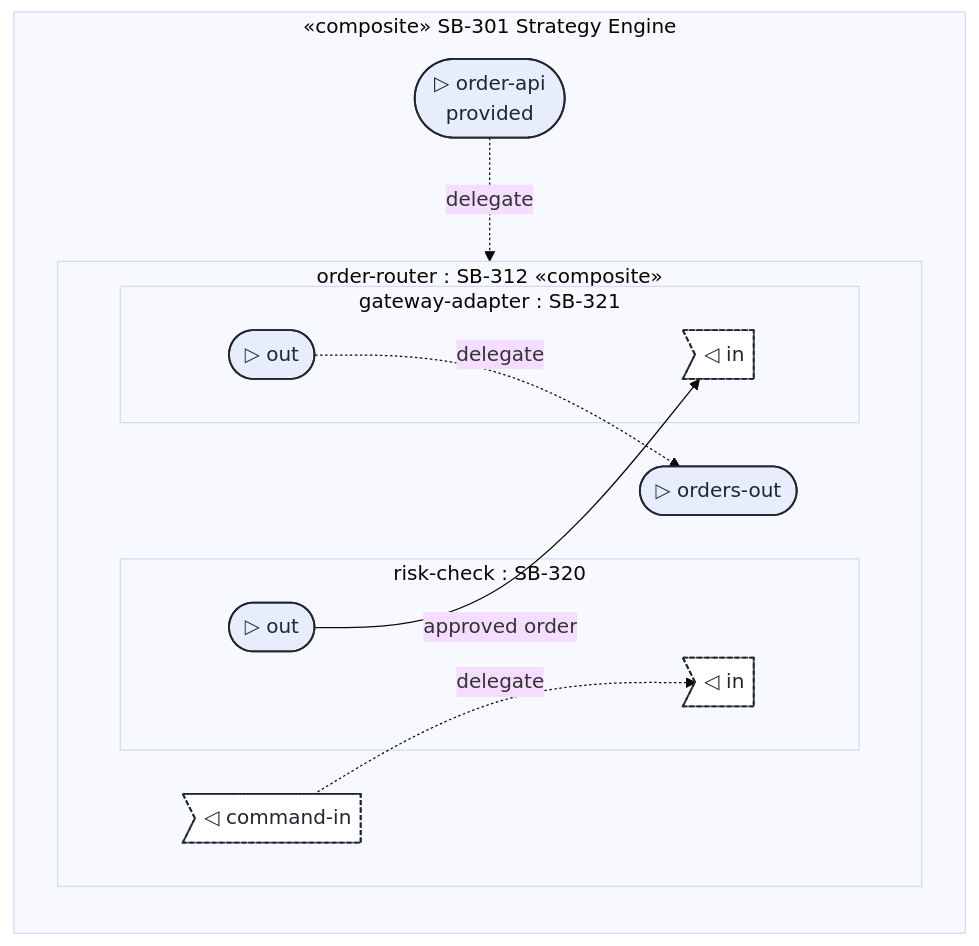
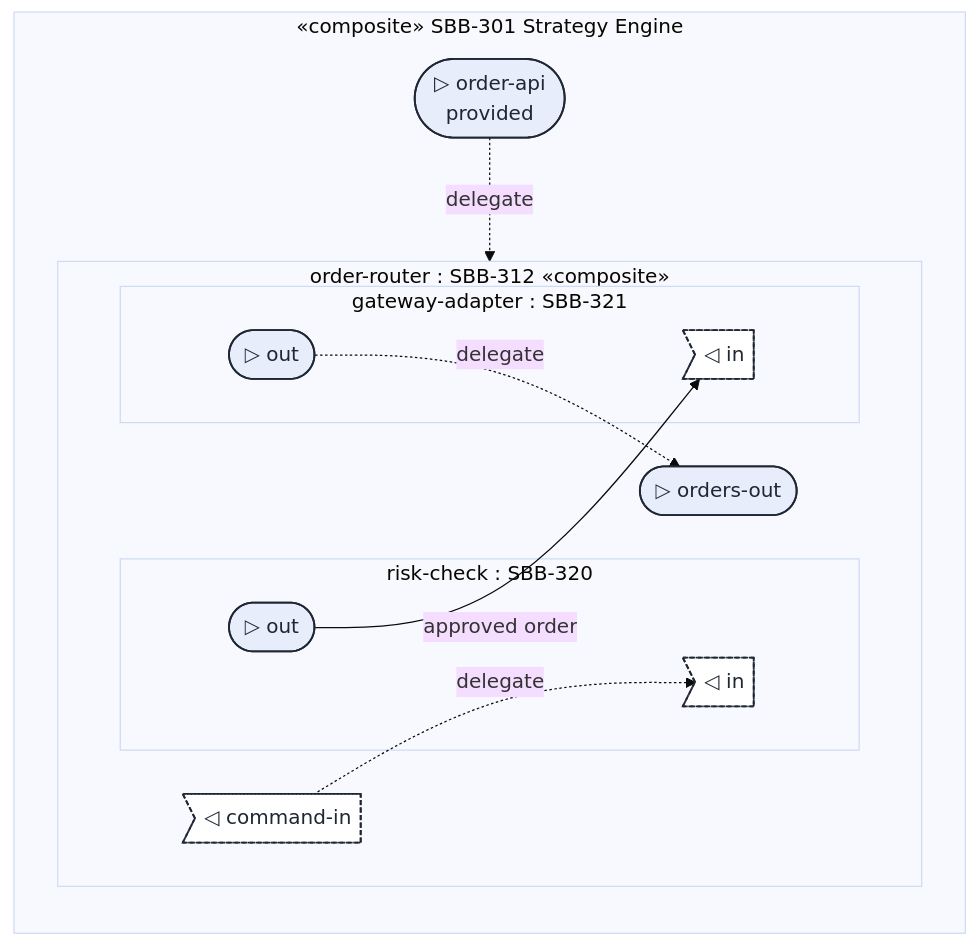
Before and after one commit to dermot-obrien/ai-assisted-architecture: the third of 3 diagrams in standards/building-blocks/solution-building-blocks/standard-sbb-diagram.md, drawn with Mermaid (base theme). The commit also changed other lines of this file and 15 other files, not shown here.

````diff
--- a/standards/building-blocks/solution-building-blocks/standard-sbb-diagram.md
+++ b/standards/building-blocks/solution-building-blocks/standard-sbb-diagram.md
@@ -200,32 +200,32 @@
 ```mermaid
 flowchart TB
-    subgraph SB["«composite» SB-301 Strategy Engine"]
+    subgraph SB["«composite» SBB-301 Strategy Engine"]
         direction TB
         order-api(["▷ order-api<br/>provided"]):::provided
 
-        subgraph order-router["order-router : SB-312 «composite»"]
+        subgraph order-router["order-router : SBB-312 «composite»"]
             direction LR
             order-router_command-in>"◁ command-in"]:::required
             order-router_orders-out(["▷ orders-out"]):::provided
 
-            subgraph risk-check["risk-check : SB-320"]
+            subgraph risk-check["risk-check : SBB-320"]
                 risk-check_in>"◁ in"]:::required
                 risk-check_out(["▷ out"]):::provided
             end
-            subgraph gateway-adapter["gateway-adapter : SB-321"]
+            subgraph gateway-adapter["gateway-adapter : SBB-321"]
                 gateway-adapter_in>"◁ in"]:::required
                 gateway-adapter_out(["▷ out"]):::provided
             end
 
             order-router_command-in -. delegate .-> risk-check_in
             risk-check_out -->|"approved order"| gateway-adapter_in
             gateway-adapter_out -. delegate .-> order-router_orders-out
         end
     end
 
     order-api -. delegate .-> order-router_command-in
 
     classDef provided fill:#E8EDFB,stroke:#1F2733,stroke-width:1.5px,color:#1F2733;
     classDef required fill:#FFFFFF,stroke:#1F2733,stroke-width:1.5px,color:#1F2733,stroke-dasharray:4 2;
     classDef part fill:#FFFFFF,stroke:#999999,color:#1F2733;
 ```
````
